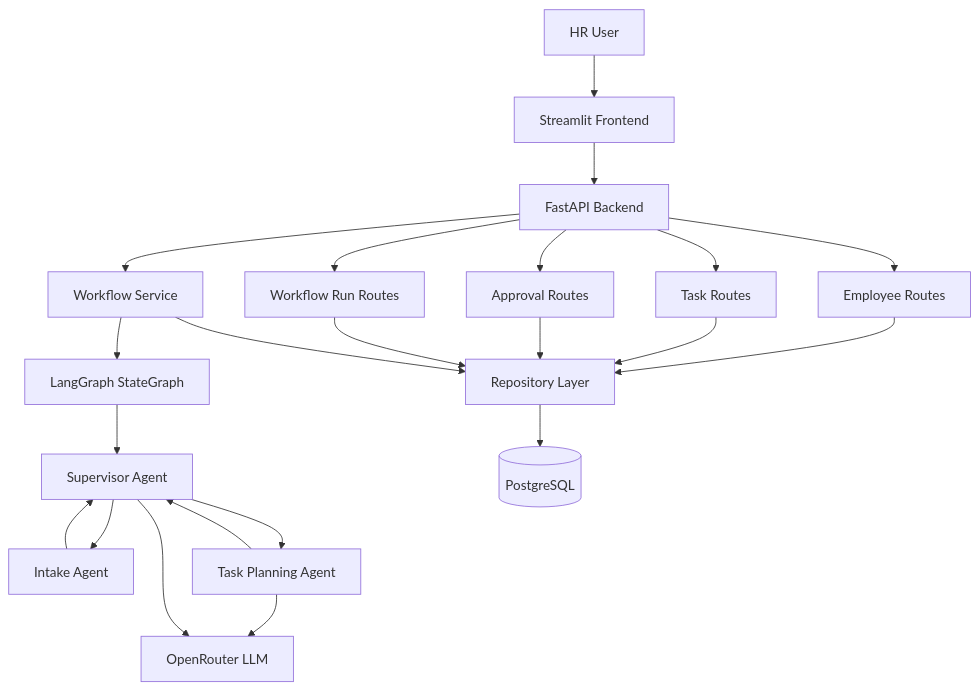
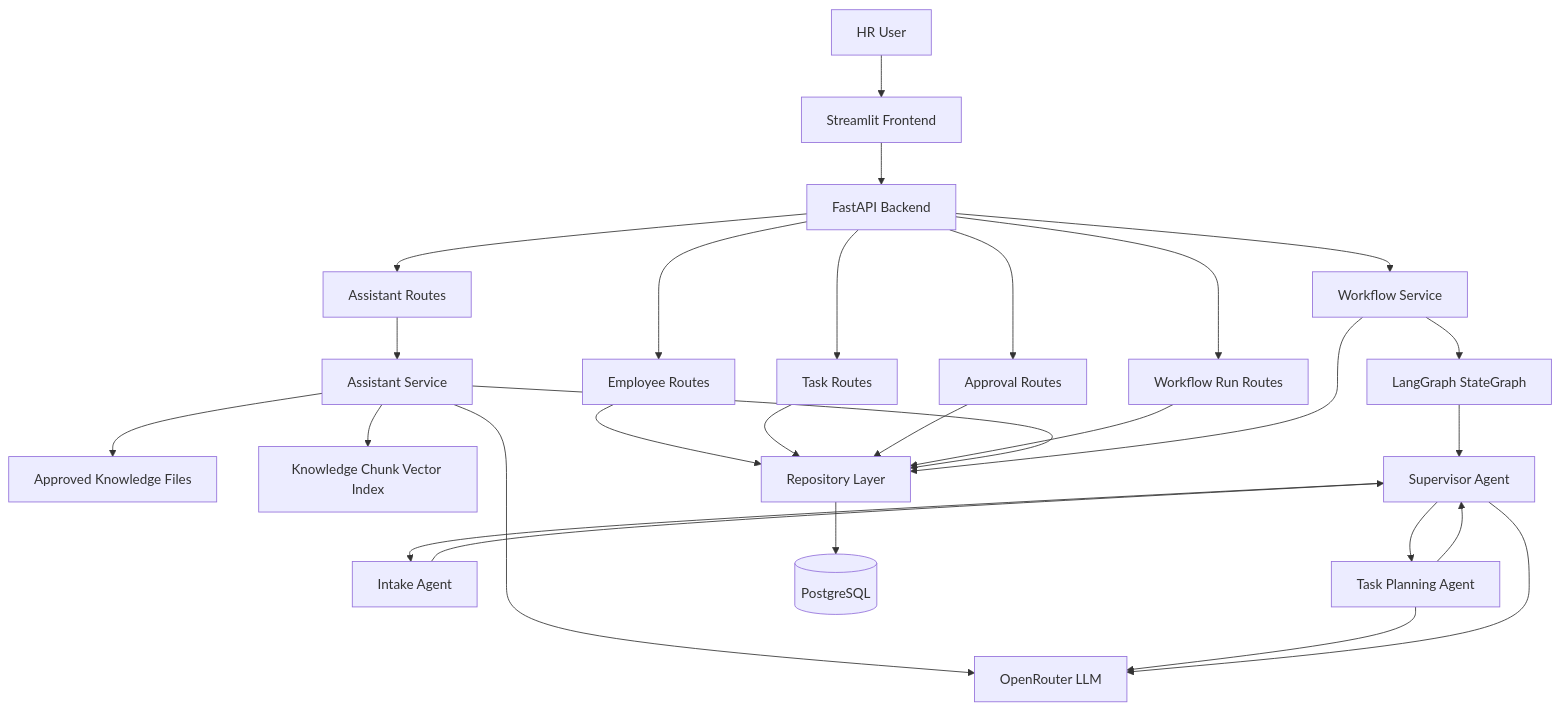
One commit to vego-ds/onboarding-buddy changed the first of 4 diagrams in docs/ARCHITECTURE_DIAGRAM.md. Above: the diagram before and after it, drawn with Mermaid. The commit also changed other lines of this file and 22 other files, not shown here.

````diff
--- a/docs/ARCHITECTURE_DIAGRAM.md
+++ b/docs/ARCHITECTURE_DIAGRAM.md
@@ -5,24 +5,30 @@
 ```mermaid
 flowchart TD
     HR["HR User"] --> UI["Streamlit Frontend"]
     UI --> API["FastAPI Backend"]
     API --> Employees["Employee Routes"]
     API --> Tasks["Task Routes"]
     API --> Approvals["Approval Routes"]
     API --> Runs["Workflow Run Routes"]
+    API --> Assistant["Assistant Routes"]
+    Assistant --> AssistantService["Assistant Service"]
+    AssistantService --> Knowledge["Approved Knowledge Files"]
+    AssistantService --> VectorIndex["Knowledge Chunk Vector Index"]
+    AssistantService --> LLM
     API --> Service["Workflow Service"]
     Service --> Graph["LangGraph StateGraph"]
     Graph --> Supervisor["Supervisor Agent"]
     Supervisor --> Intake["Intake Agent"]
     Intake --> Supervisor
     Supervisor --> Planner["Task Planning Agent"]
     Planner --> Supervisor
     Planner --> LLM["OpenRouter LLM"]
     Supervisor --> LLM
     Employees --> Repos["Repository Layer"]
     Tasks --> Repos
     Approvals --> Repos
     Runs --> Repos
+    AssistantService --> Repos
     Service --> Repos
     Repos --> DB[("PostgreSQL")]
 ```
````
